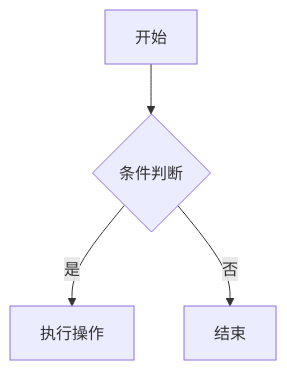
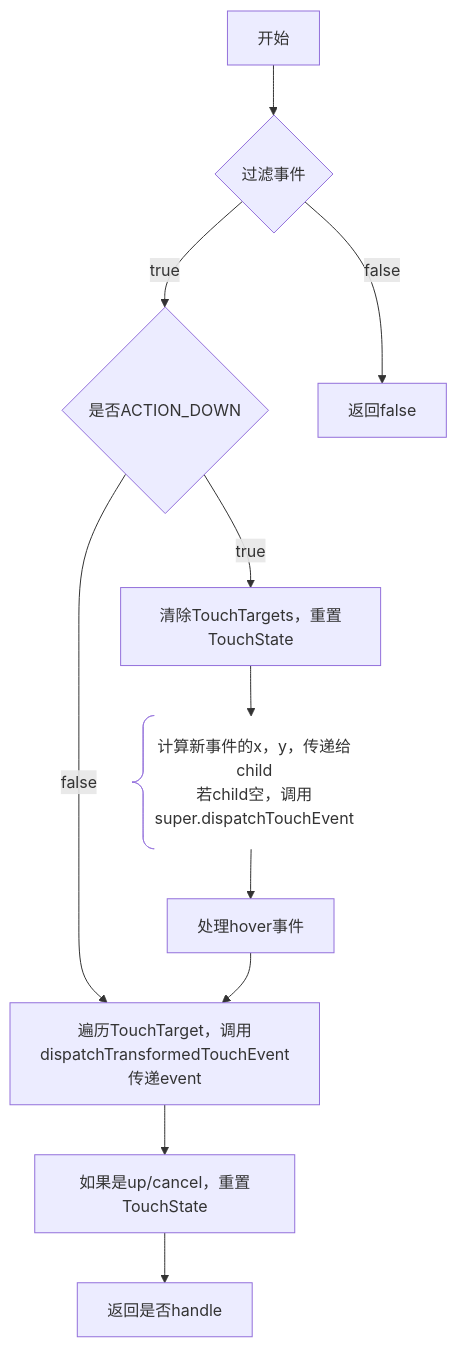
Before and after one commit to jingtianer/home: the diagram in source/_posts/Android高级/源码阅读/基础06-ViewGroup.md, drawn with Mermaid. The commit also changed other lines of this file and 1 other file, not shown here.

````diff
--- a/source/_posts/Android高级/源码阅读/基础06-ViewGroup.md
+++ b/source/_posts/Android高级/源码阅读/基础06-ViewGroup.md
@@ -14,6 +14,13 @@
 ```mermaid
-graph TD
-    A[开始] --> B{条件判断}
-    B -->|是| C[执行操作]
-    B -->|否| D[结束]
+flowchart TD
+    A[开始] --> B{过滤事件}
+    B -->|true| C{是否ACTION_DOWN}
+    B -->|false| D[返回false]
+    C -->|true| E[清除TouchTargets，重置TouchState]
+    C -->|false| F{111}
+    E --> G[调用onInterceptTouchEvent]@{ shape: comment, label: "计算新事件的x，y，传递给child\n若child空，调用super.dispatchTouchEvent" }
+    G --> J[处理hover事件]
+    J --> F[遍历TouchTarget，调用dispatchTransformedTouchEvent传递event]
+    F --> H[如果是up/cancel，重置TouchState]
+    H --> I[返回是否handle]
 ```
````
